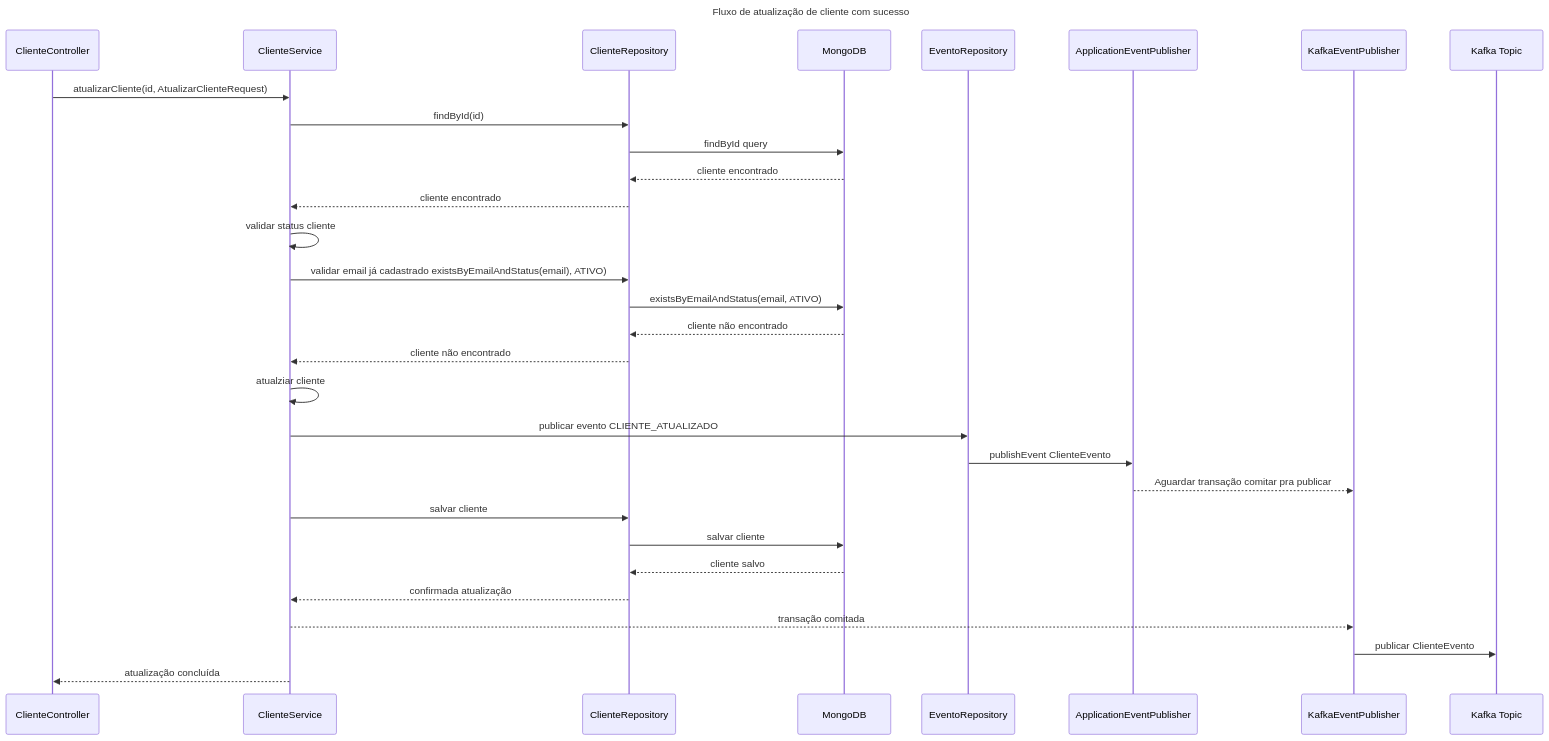
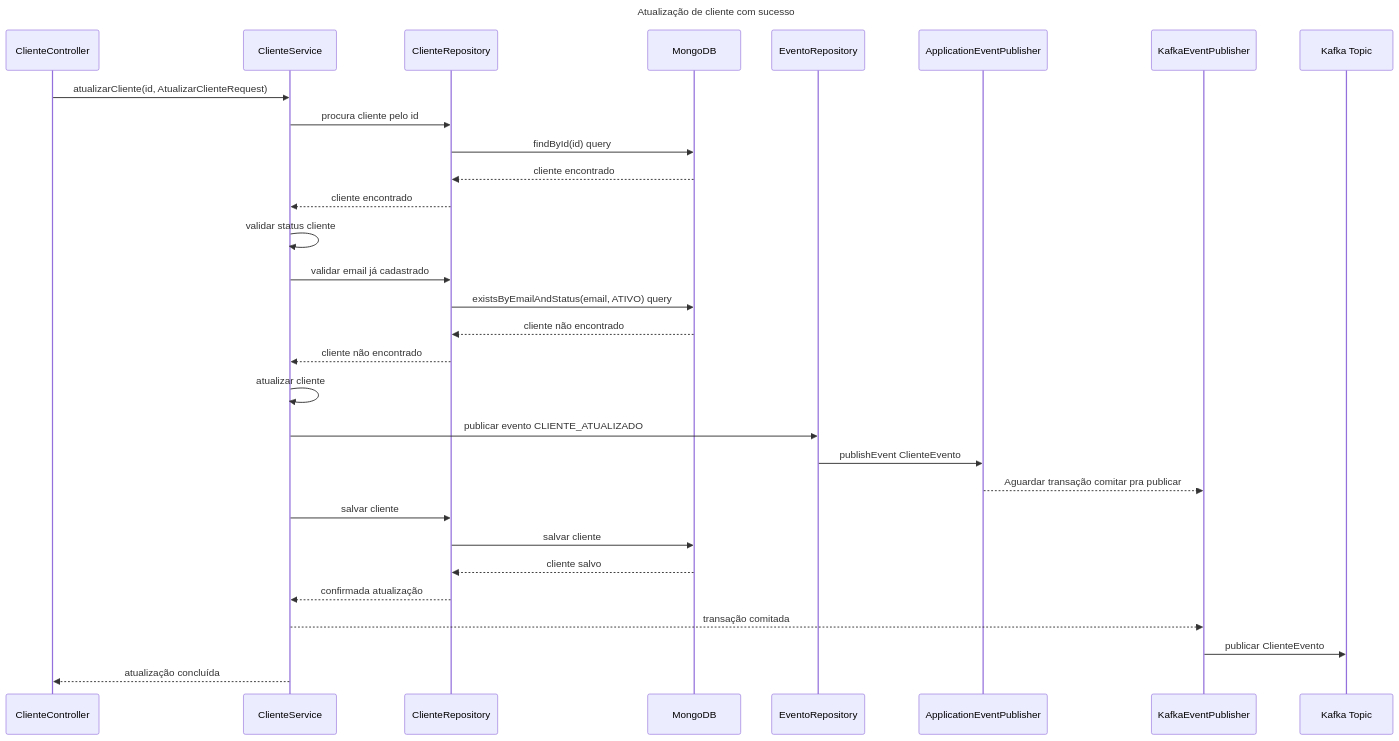
One commit to thiagosv/ms-cliente-mvc changed the first of 3 diagrams in .doc/c4/nivel-4/AtualizacaoCliente.md. Above: the diagram before and after it, drawn with Mermaid. The commit also changed other lines of this file, not shown here.

Commit message:
C4: Nivel 4 do fluxo de atualização de cliente.

````diff
--- a/.doc/c4/nivel-4/AtualizacaoCliente.md
+++ b/.doc/c4/nivel-4/AtualizacaoCliente.md
@@ -1,36 +1,36 @@
 ```mermaid
 ---
-title: Fluxo de atualização de cliente com sucesso
+title: Atualização de cliente com sucesso
 ---
 sequenceDiagram
 participant CC as ClienteController
 participant CS as ClienteService
 participant CR as ClienteRepository
 participant M as MongoDB
 participant ER as EventoRepository
 participant AEP as ApplicationEventPublisher
 participant K as KafkaEventPublisher
 participant T as Kafka Topic
 
     CC->>CS: atualizarCliente(id, AtualizarClienteRequest)
-    CS->>CR: findById(id)
-    CR->>M: findById query
+    CS->>CR: procura cliente pelo id
+    CR->>M: findById(id) query
     M-->>CR: cliente encontrado
     CR-->>CS: cliente encontrado
     CS->>CS: validar status cliente
-    CS->>CR: validar email já cadastrado existsByEmailAndStatus(email), ATIVO)
-    CR->>M: existsByEmailAndStatus(email, ATIVO)
+    CS->>CR: validar email já cadastrado
+    CR->>M: existsByEmailAndStatus(email, ATIVO) query
     M-->>CR: cliente não encontrado
     CR-->>CS: cliente não encontrado
-    CS->>CS: atualziar cliente
+    CS->>CS: atualizar cliente
     CS->>ER: publicar evento CLIENTE_ATUALIZADO
     ER->>AEP: publishEvent ClienteEvento
     AEP-->>K: Aguardar transação comitar pra publicar
     CS->>CR: salvar cliente
     CR->>M: salvar cliente
     M-->>CR: cliente salvo
     CR-->>CS: confirmada atualização
     CS-->>K: transação comitada
     K->>T: publicar ClienteEvento
     CS-->>CC: atualização concluída
 ```
````
